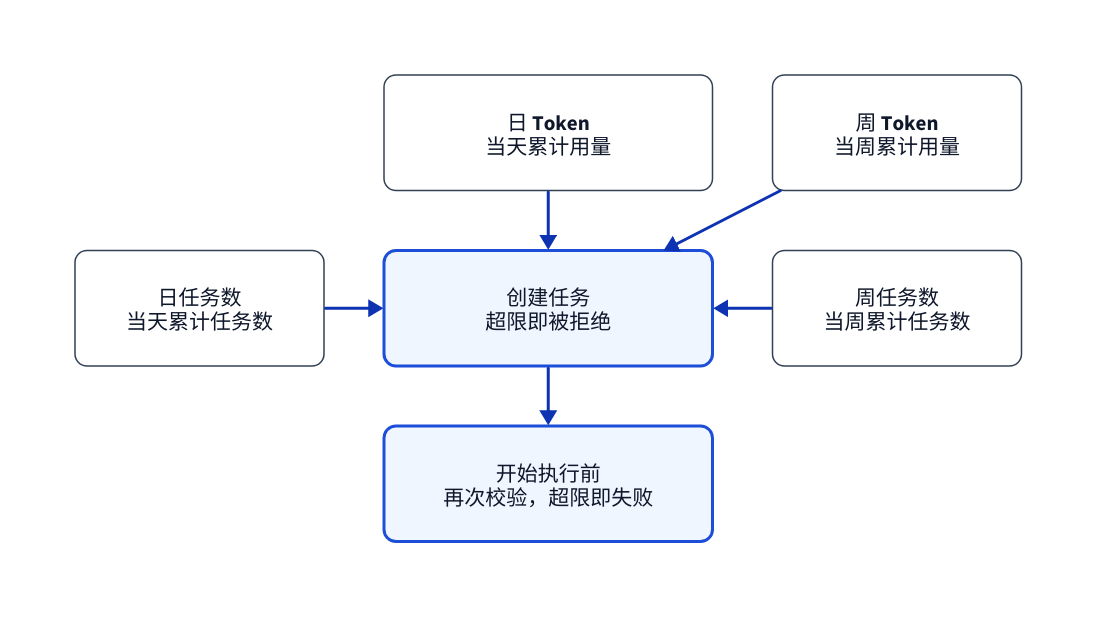
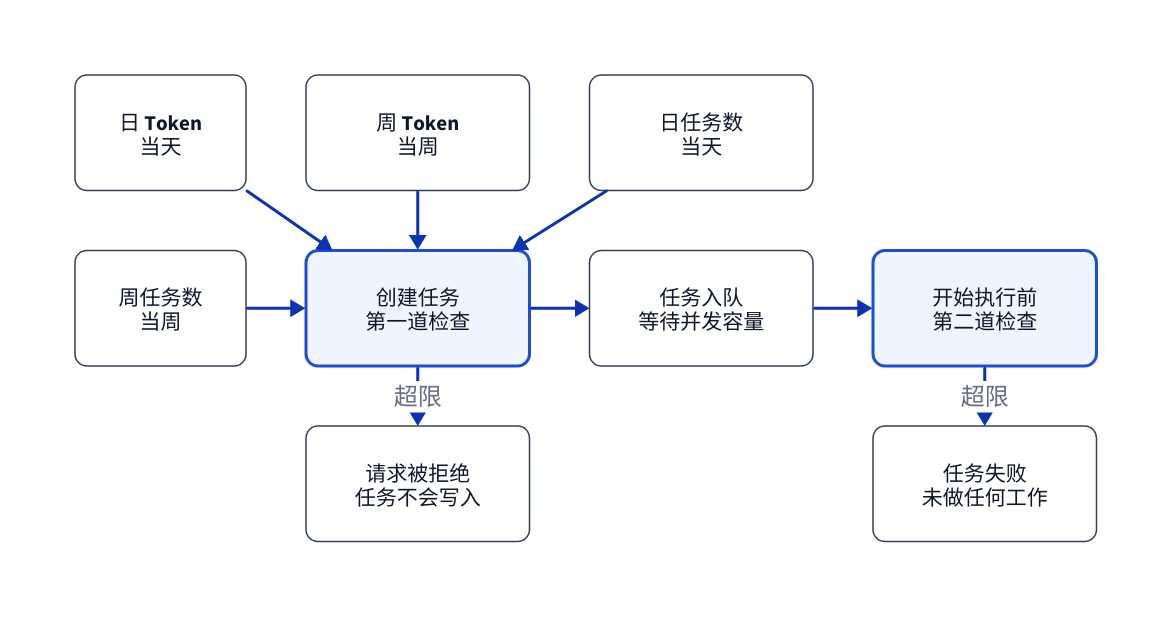
Before and after one commit to EeeMt/codify: the diagram in frontend/src/guide/assets/diagrams/zh-CN/quota-gates.d2, drawn with D2. The commit also changed 85 other files, not shown here.

```diff
--- a/frontend/src/guide/assets/diagrams/zh-CN/quota-gates.d2
+++ b/frontend/src/guide/assets/diagrams/zh-CN/quota-gates.d2
@@ -1,63 +1,69 @@
 # 章节：85-admin-governance（治理与运维）· 配额在哪里拦人
 # 读者要理解：配额只统计四项——日 / 周 Token 与日 / 周任务数；创建任务时超限
 # 直接被拒绝，开始执行前再校验一次，超限的任务直接失败。
 # 渲染：python3 scripts/guide/render-diagrams.py（在仓库根目录执行）
 
 vars: {
   d2-config: {
     layout-engine: elk
   }
 }
 
 direction: right
 
 classes: {
   node: {
     style.fill: "#FFFFFF"
     style.stroke: "#334155"
     style.stroke-width: 1
     style.font-color: "#0F172A"
     style.font-size: 14
     style.border-radius: 8
   }
   accent: {
     style.fill: "#EFF6FF"
     style.stroke: "#1D4ED8"
     style.font-color: "#0F172A"
     style.font-size: 14
     style.border-radius: 8
   }
   external: {
     style.fill: "#F8FAFC"
     style.stroke: "#94A3B8"
     style.stroke-dash: 4
     style.font-color: "#0F172A"
     style.font-size: 14
     style.border-radius: 8
   }
 }
 
 gates: {
   label: ""
   grid-rows: 3
-  grid-columns: 3
+  grid-columns: 4
   grid-gap: 40
   style.fill: transparent
   style.stroke-width: 0
 
-  blank_a: " " { style.fill: transparent; style.stroke-width: 0 }
-  daily_tokens: "日 Token\n当天累计用量" { class: node }
-  weekly_tokens: "周 Token\n当周累计用量" { class: node }
-  daily_tasks: "日任务数\n当天累计任务数" { class: node }
-  create: "创建任务\n超限即被拒绝" { class: accent }
-  weekly_tasks: "周任务数\n当周累计任务数" { class: node }
-  blank_b: " " { style.fill: transparent; style.stroke-width: 0 }
-  execute: "开始执行前\n再次校验，超限即失败" { class: accent }
-  blank_c: " " { style.fill: transparent; style.stroke-width: 0 }
+  daily_tokens: "日 Token\n当天" { class: node }
+  weekly_tokens: "周 Token\n当周" { class: node }
+  daily_tasks: "日任务数\n当天" { class: node }
+  gap1: " " { style.fill: transparent; style.stroke-width: 0 }
+  weekly_tasks: "周任务数\n当周" { class: node }
+  created: "创建任务\n第一道检查" { class: accent }
+  queued: "任务入队\n等待并发容量" { class: node }
+  start: "开始执行前\n第二道检查" { class: accent }
+  gap2: " " { style.fill: transparent; style.stroke-width: 0 }
+  rejected: "请求被拒绝\n任务不会写入" { class: node }
+  gap3: " " { style.fill: transparent; style.stroke-width: 0 }
+  failed: "任务失败\n未做任何工作" { class: node }
 
-  daily_tokens -> create
-  weekly_tokens -> create
-  daily_tasks -> create
-  weekly_tasks -> create
-  create -> execute
+  daily_tokens -> created
+  weekly_tokens -> created
+  daily_tasks -> created
+  weekly_tasks -> created
+  created -> queued
+  queued -> start
+  created -> rejected: "超限"
+  start -> failed: "超限"
 }
```
